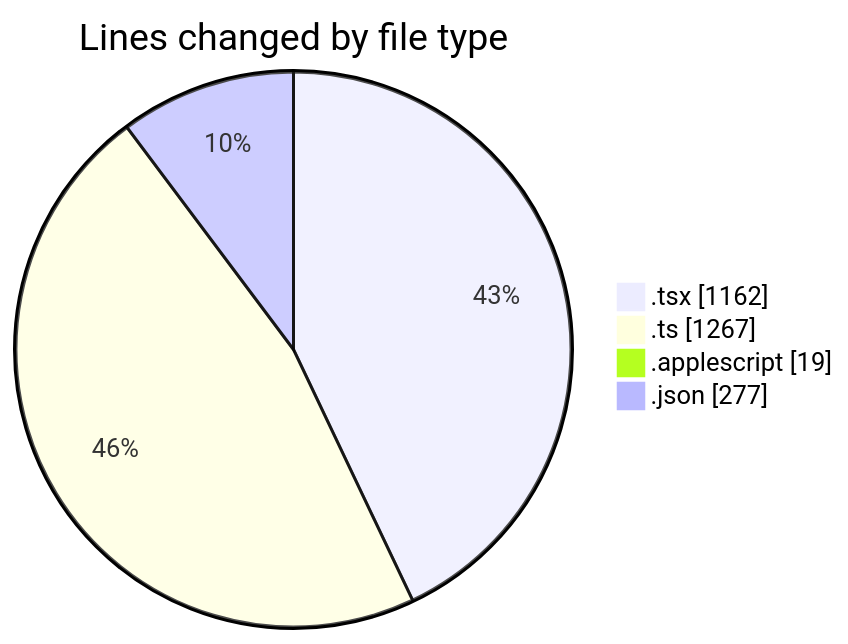
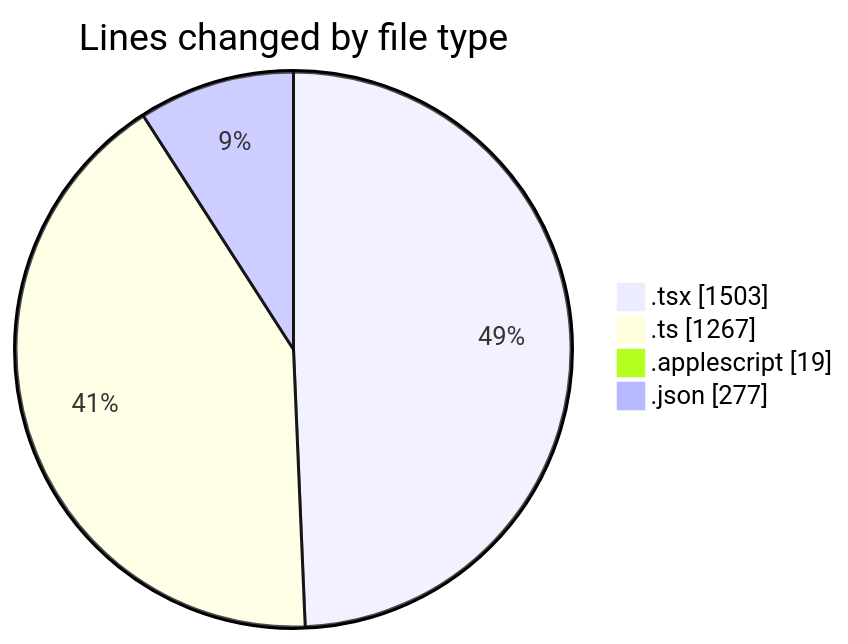
Before and after one commit to EIIisD/code-tracking: the first of 2 diagrams in 2025-07-11/ribbon/README.md, drawn with Mermaid. The commit also changed other lines of this file and 1 other file, not shown here.

````diff
--- a/2025-07-11/ribbon/README.md
+++ b/2025-07-11/ribbon/README.md
@@ -34,8 +35,8 @@
 ```mermaid
 pie showData
 title Lines changed by file type
-".tsx" : 1162
+".tsx" : 1503
 ".ts" : 1267
 ".applescript" : 19
 ".json" : 277
 ```
````
